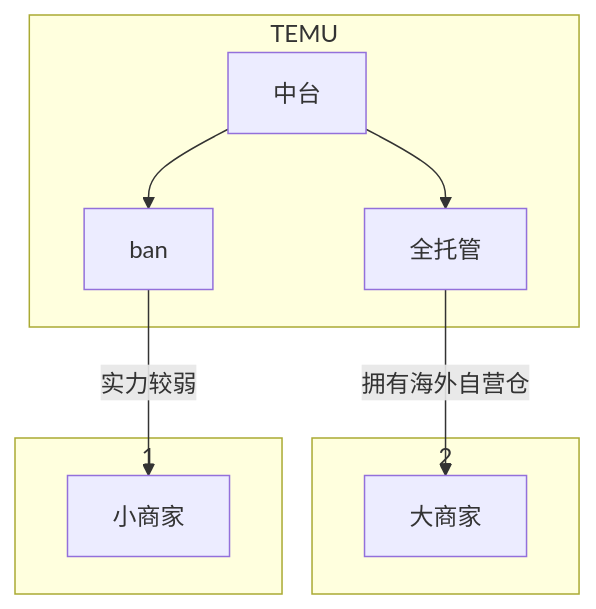
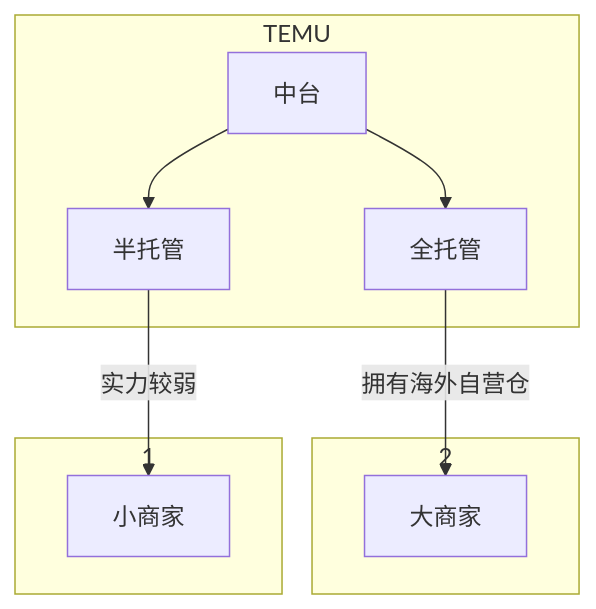
The diagram in all/TEMU链路图.md (Zora0203/iodraw-files), drawn with Mermaid before and after one commit.

Commit message:
2024-12-06 16:35:12 update

````diff
--- a/all/TEMU链路图.md
+++ b/all/TEMU链路图.md
@@ -1,18 +1,18 @@
 ```mermaid
 flowchart TB
 
 
     subgraph TEMU
-    c1[中台]-->quan
-    c1-->ban
+    c1[中台]-->quan[全托管]
+    c1-->ban[半托管]
     end
     
      subgraph 1
    ban--实力较弱--> a1[小商家]
     end
 
 
     subgraph 2
-    quan[全托管]--拥有海外自营仓-->b1[大商家]
+    quan--拥有海外自营仓-->b1[大商家]
     end
 ```
````
